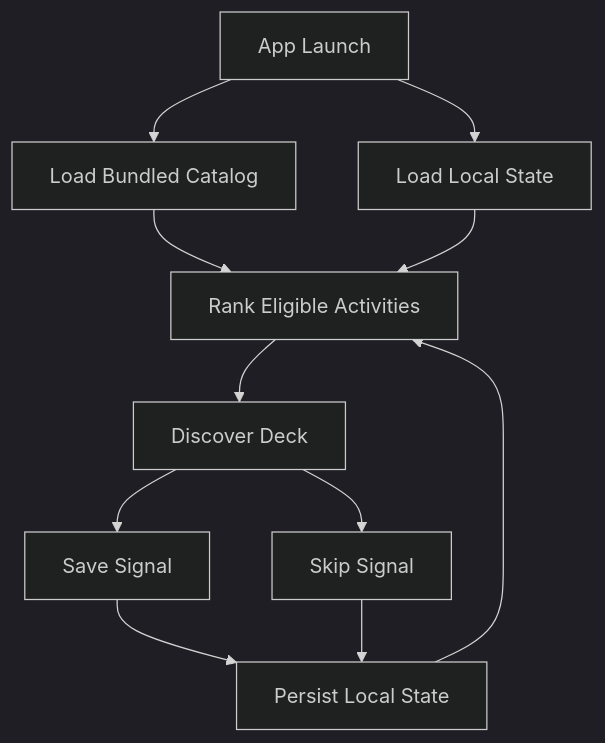
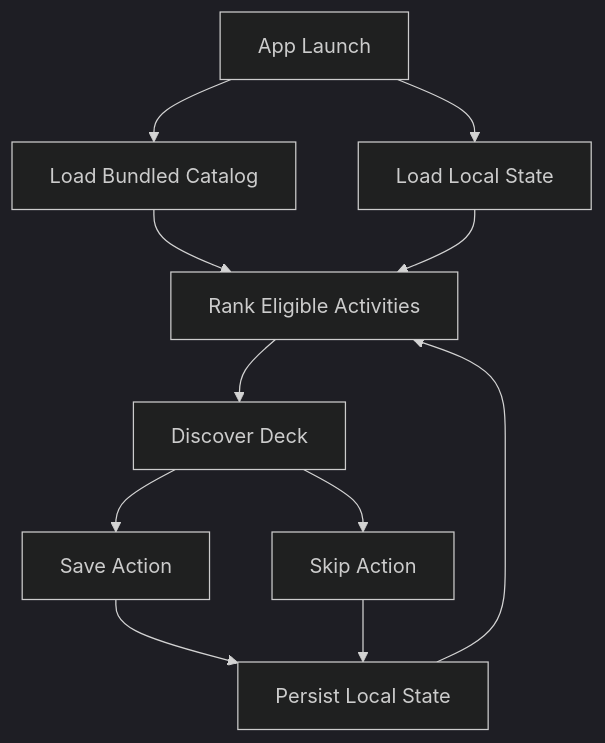
One commit to TheMarcellVarga/endless-activity changed the diagram in docs/ARCHITECTURE.md. Above: the diagram before and after it, drawn with Mermaid (dark theme). The commit also changed other lines of this file and 9 other files, not shown here.

````diff
--- a/docs/ARCHITECTURE.md
+++ b/docs/ARCHITECTURE.md
@@ -34,13 +34,13 @@
 ```mermaid
 flowchart TD
   Launch["App Launch"] --> LoadCatalog["Load Bundled Catalog"]
   Launch --> LoadLocal["Load Local State"]
   LoadCatalog --> Rank["Rank Eligible Activities"]
   LoadLocal --> Rank
   Rank --> Deck["Discover Deck"]
-  Deck --> Save["Save Signal"]
-  Deck --> Skip["Skip Signal"]
+  Deck --> Save["Save Action"]
+  Deck --> Skip["Skip Action"]
   Save --> Persist["Persist Local State"]
   Skip --> Persist
   Persist --> Rank
 ```
````
